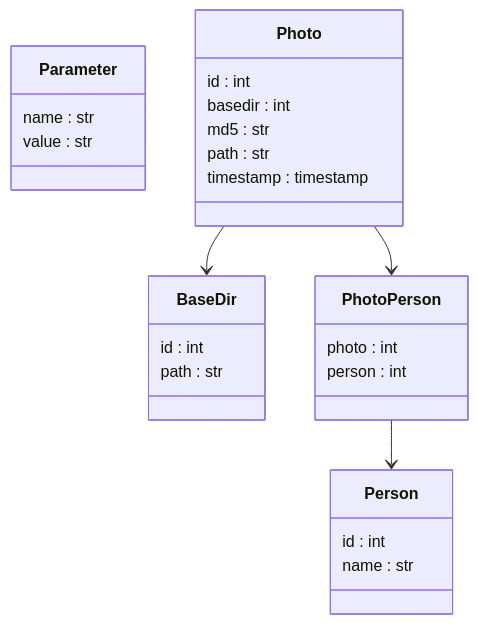
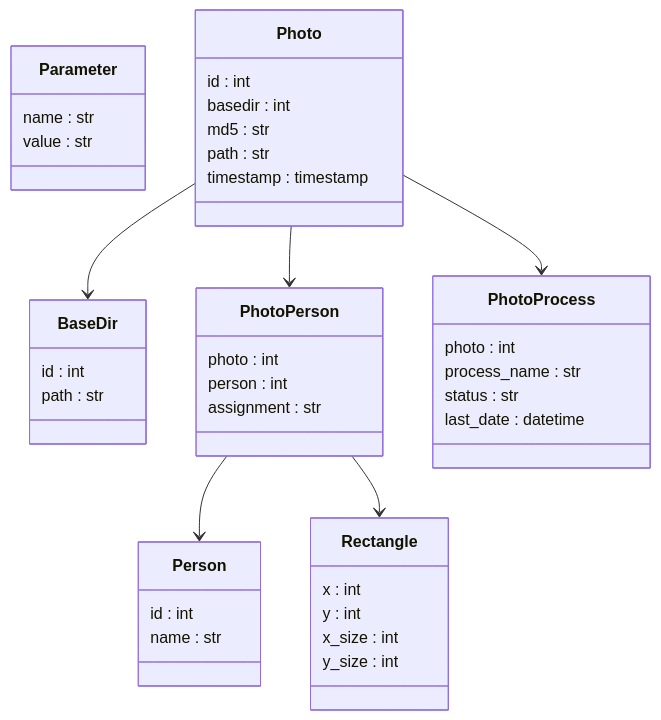
The third of 4 diagrams in Design.md (fvbakel/fotos), drawn with Mermaid before and after one commit. The commit also changed 4 other files, not shown here.

````diff
--- a/Design.md
+++ b/Design.md
@@ -45,37 +45,54 @@
 ```mermaid
   classDiagram
 
     class Parameter {
         name    : str
         value   : str
     }
 
     class Photo {
         id          : int
         basedir     : int
         md5         : str
         path        : str
         timestamp   : timestamp
     }
 
     class BaseDir {
         id      : int
         path    : str
     }
 
     class Person {
         id      : int
         name    : str
     }
 
     class PhotoPerson {
-        photo    : int
-        person   : int
+        photo      : int
+        person     : int
+        assignment : str 
+    }
+
+    class Rectangle {
+      x       : int
+      y       : int
+      x_size  : int
+      y_size  : int
+    }
+
+    class PhotoProcess {
+      photo         : int
+      process_name  : str
+      status        : str
+      last_date     : datetime
     }
 
 
     Photo --> BaseDir
     Photo --> PhotoPerson
+    Photo --> PhotoProcess
     PhotoPerson --> Person
+    PhotoPerson --> Rectangle
 
 ```
````
